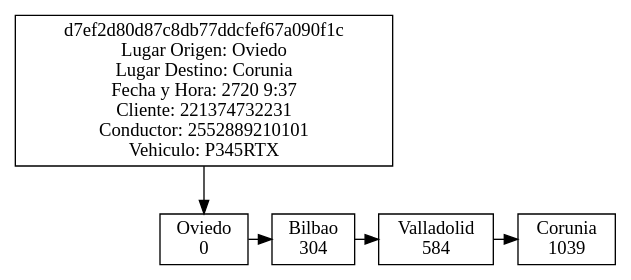
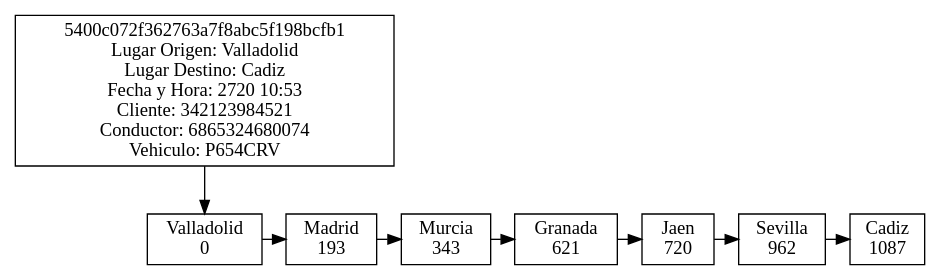
Before and after one commit to EmBarillasA94/EDD_PROYECTO2_JUNIO_201503741: the diagram in R_Ruta.dot, drawn with Graphviz. The commit also changed 15 other files, not shown here.

```diff
--- a/R_Ruta.dot
+++ b/R_Ruta.dot
@@ -1,19 +1,25 @@
 digraph BlockChain{ 
 node[shape=box]; 
 rankdir = TB; 
 
-"19040312"[label = "d7ef2d80d87c8db77ddcfef67a090f1c&#92;nLugar Origen: Oviedo&#92;nLugar Destino: Corunia&#92;nFecha y Hora: 2720 9:37&#92;nCliente: 221374732231&#92;nConductor: 2552889210101&#92;nVehiculo: P345RTX"] 
+"2736801"[label = "5400c072f362763a7f8abc5f198bcfb1&#92;nLugar Origen: Valladolid&#92;nLugar Destino: Cadiz&#92;nFecha y Hora: 2720 10:53&#92;nCliente: 342123984521&#92;nConductor: 6865324680074&#92;nVehiculo: P654CRV"] 
 
-subgraph ruta_19040312{ 
+subgraph ruta_2736801{ 
 rank=same; 
-"Oviedo_19040312"[label="Oviedo&#92;n0"]; 
-"Bilbao_19040312"[label="Bilbao&#92;n304"]; 
-"Valladolid_19040312"[label="Valladolid&#92;n584"]; 
-"Corunia_19040312"[label="Corunia&#92;n1039"]; 
+"Valladolid_2736801"[label="Valladolid&#92;n0"]; 
+"Madrid_2736801"[label="Madrid&#92;n193"]; 
+"Murcia_2736801"[label="Murcia&#92;n343"]; 
+"Granada_2736801"[label="Granada&#92;n621"]; 
+"Jaen_2736801"[label="Jaen&#92;n720"]; 
+"Sevilla_2736801"[label="Sevilla&#92;n962"]; 
+"Cadiz_2736801"[label="Cadiz&#92;n1087"]; 
 
-"Oviedo_19040312"->"Bilbao_19040312"; 
-"Bilbao_19040312"->"Valladolid_19040312"; 
-"Valladolid_19040312"->"Corunia_19040312"; 
+"Valladolid_2736801"->"Madrid_2736801"; 
+"Madrid_2736801"->"Murcia_2736801"; 
+"Murcia_2736801"->"Granada_2736801"; 
+"Granada_2736801"->"Jaen_2736801"; 
+"Jaen_2736801"->"Sevilla_2736801"; 
+"Sevilla_2736801"->"Cadiz_2736801"; 
 }
-"19040312"->"Oviedo_19040312"; 
+"2736801"->"Valladolid_2736801"; 
 }
```
